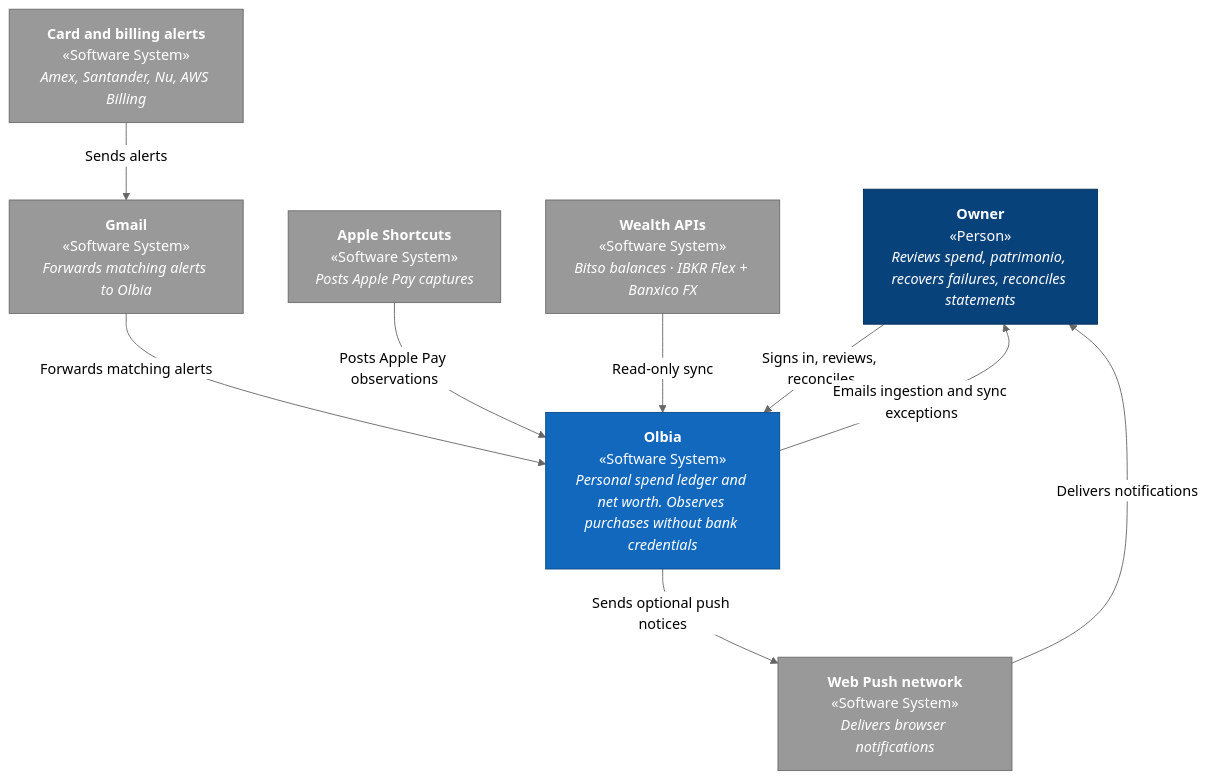
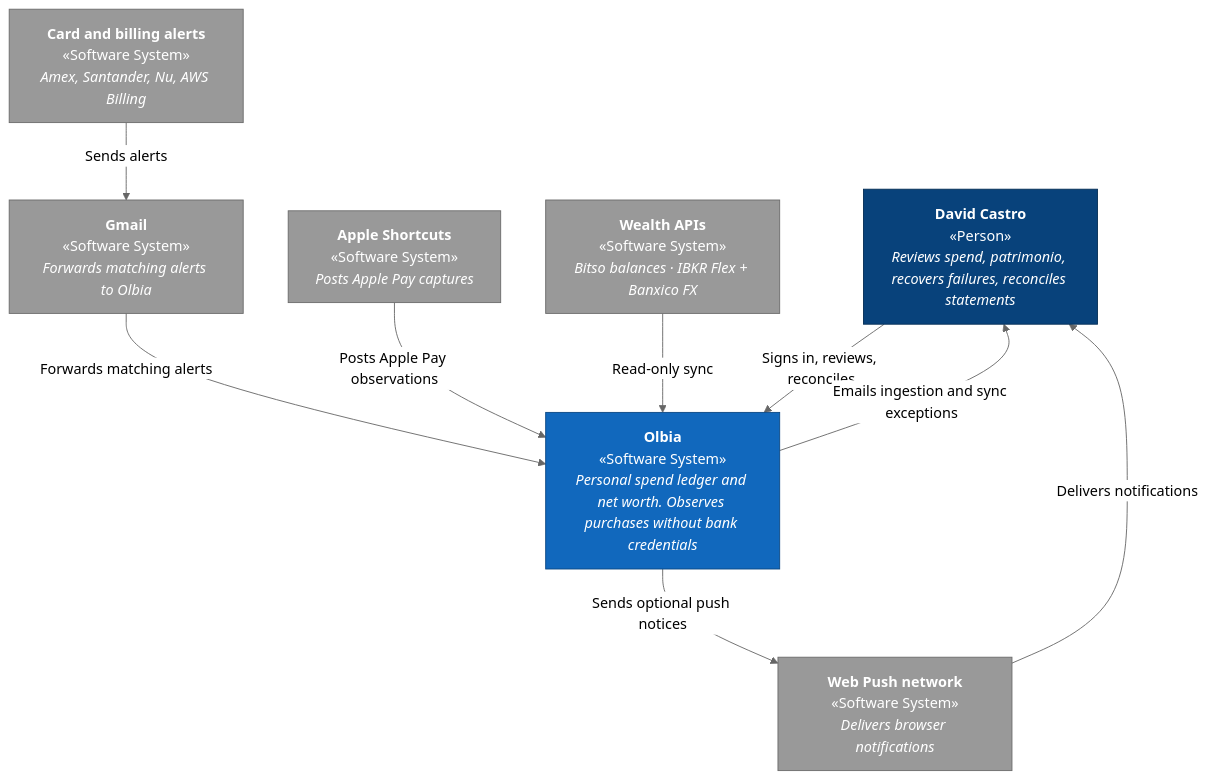
Before and after one commit to DavidCs9/personal-finance-system: the diagram in README.md, drawn with Mermaid (neutral theme). The commit also changed other lines of this file and 8 other files, not shown here.

Commit message:
docs: establish David Castro private financial product north star (#143)

````diff
--- a/README.md
+++ b/README.md
@@ -24,41 +26,41 @@
 ```mermaid
 flowchart TB
   classDef person fill:#08427B,stroke:#052E56,color:#fff,stroke-width:1px
   classDef system fill:#1168BD,stroke:#0B4884,color:#fff,stroke-width:1px
   classDef external fill:#999999,stroke:#6B6B6B,color:#fff,stroke-width:1px
 
-  owner["`**Owner**
+  owner["`**David Castro**
 «Person»
 _Reviews spend, patrimonio, recovers failures, reconciles statements_`"]
   olbia["`**Olbia**
 «Software System»
 _Personal spend ledger and net worth. Observes purchases without bank credentials_`"]
   issuers["`**Card and billing alerts**
 «Software System»
 _Amex, Santander, Nu, AWS Billing_`"]
   gmail["`**Gmail**
 «Software System»
 _Forwards matching alerts to Olbia_`"]
   shortcuts["`**Apple Shortcuts**
 «Software System»
 _Posts Apple Pay captures_`"]
   wealthApis["`**Wealth APIs**
 «Software System»
 _Bitso balances · IBKR Flex + Banxico FX_`"]
   webpush["`**Web Push network**
 «Software System»
 _Delivers browser notifications_`"]
 
   issuers -->|"Sends alerts"| gmail
   gmail -->|"Forwards matching alerts"| olbia
   shortcuts -->|"Posts Apple Pay observations"| olbia
   wealthApis -->|"Read-only sync"| olbia
   owner -->|"Signs in, reviews, reconciles"| olbia
   olbia -->|"Emails ingestion and sync exceptions"| owner
   olbia -->|"Sends optional push notices"| webpush
   webpush -->|"Delivers notifications"| owner
 
   class owner person
   class olbia system
   class issuers,gmail,shortcuts,wealthApis,webpush external
 ```
````
